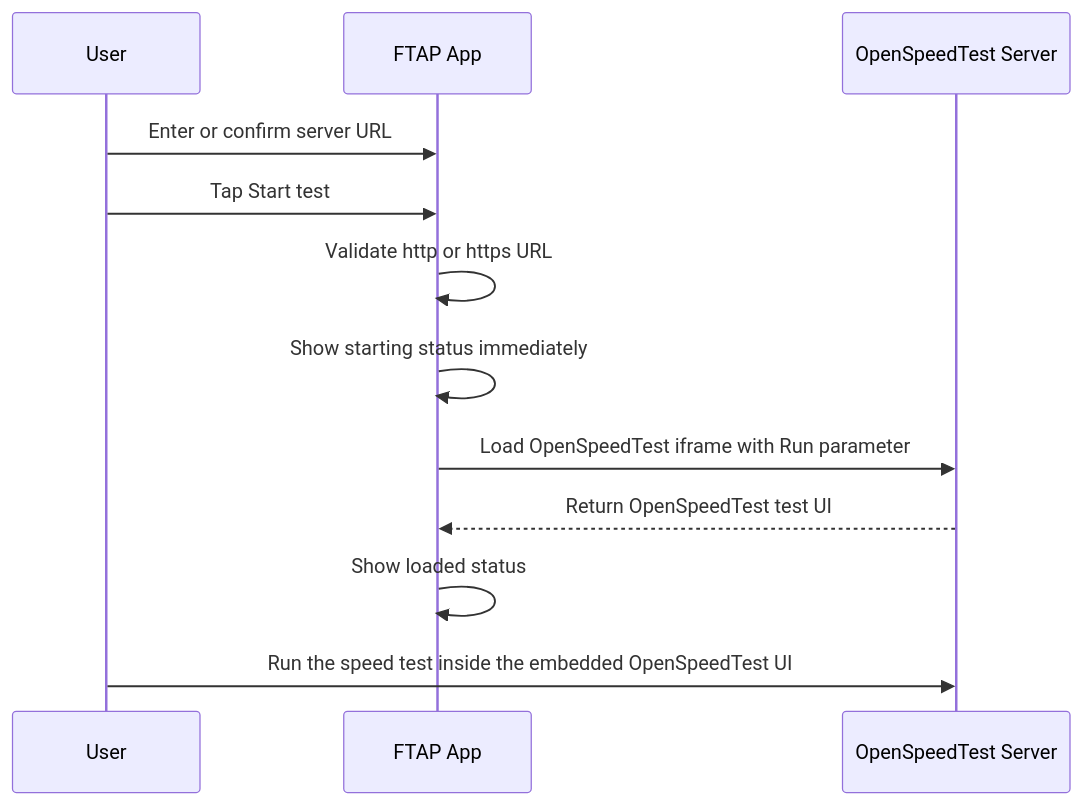
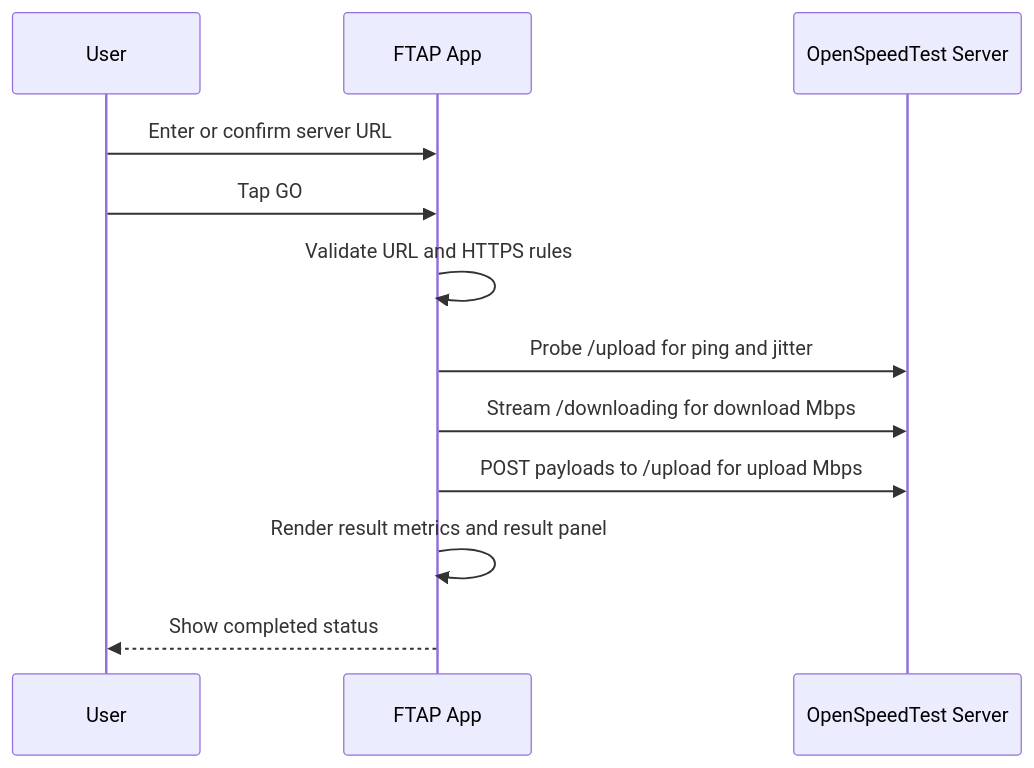
Before and after one commit to rgalor-ca/openspeedtest-ftap-poc: the second of 3 diagrams in README.md, drawn with Mermaid. The commit also changed other lines of this file and 13 other files, not shown here.

Commit message:
Refactor FTAP OpenSpeedTest POC UI

````diff
--- a/README.md
+++ b/README.md
@@ -67,15 +88,15 @@
 ```mermaid
 sequenceDiagram
   participant U as User
   participant A as FTAP App
   participant S as OpenSpeedTest Server
 
   U->>A: Enter or confirm server URL
-  U->>A: Tap Start test
-  A->>A: Validate http or https URL
-  A->>A: Show starting status immediately
-  A->>S: Load OpenSpeedTest iframe with Run parameter
-  S-->>A: Return OpenSpeedTest test UI
-  A->>A: Show loaded status
-  U->>S: Run the speed test inside the embedded OpenSpeedTest UI
+  U->>A: Tap GO
+  A->>A: Validate URL and HTTPS rules
+  A->>S: Probe /upload for ping and jitter
+  A->>S: Stream /downloading for download Mbps
+  A->>S: POST payloads to /upload for upload Mbps
+  A->>A: Render result metrics and result panel
+  A-->>U: Show completed status
 ```
````
